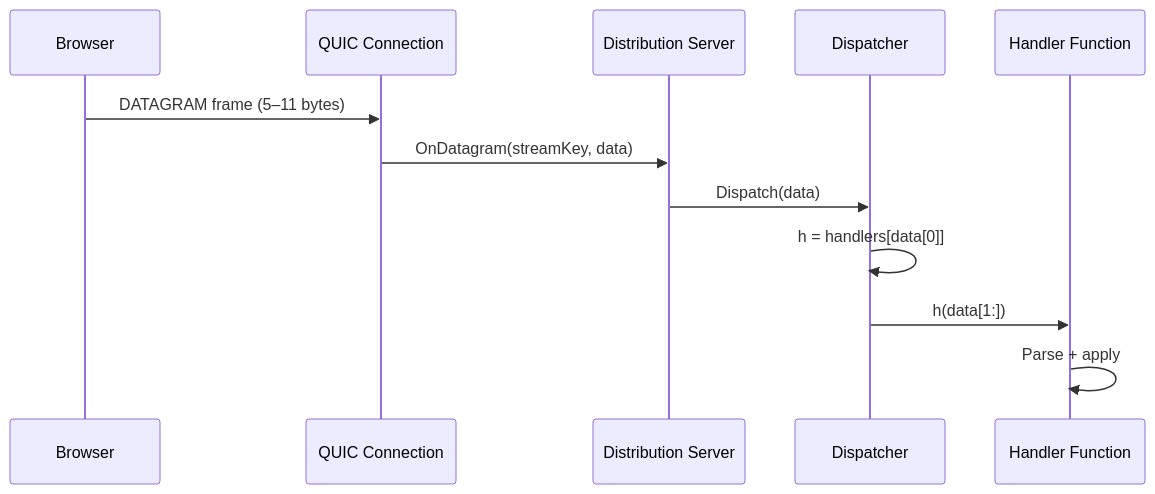
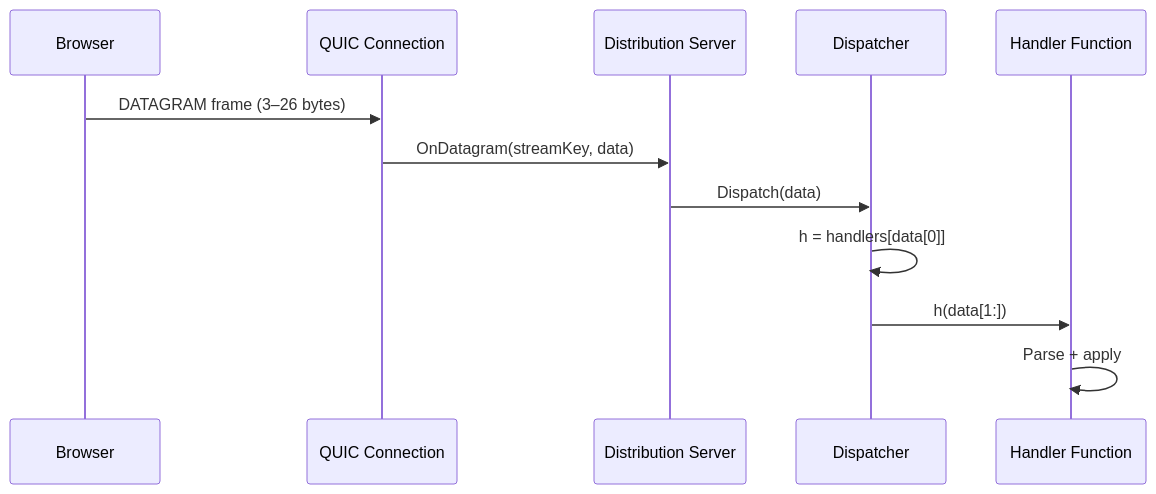
One commit to qvest-digital/dmf-mf-switchframe changed the third of 4 diagrams in docs/fast-control.md. Above: the diagram before and after it, drawn with Mermaid. The commit also changed other lines of this file and 68 other files, not shown here.

````diff
--- a/docs/fast-control.md
+++ b/docs/fast-control.md
@@ -256,15 +414,15 @@
 ```mermaid
 sequenceDiagram
     participant Browser
     participant QUIC as QUIC Connection
     participant Prism as Distribution Server
     participant Disp as Dispatcher
     participant Handler as Handler Function
 
-    Browser->>QUIC: DATAGRAM frame (5–11 bytes)
+    Browser->>QUIC: DATAGRAM frame (3–26 bytes)
     QUIC->>Prism: OnDatagram(streamKey, data)
     Prism->>Disp: Dispatch(data)
     Disp->>Disp: h = handlers[data[0]]
     Disp->>Handler: h(data[1:])
     Handler->>Handler: Parse + apply
 ```
````
